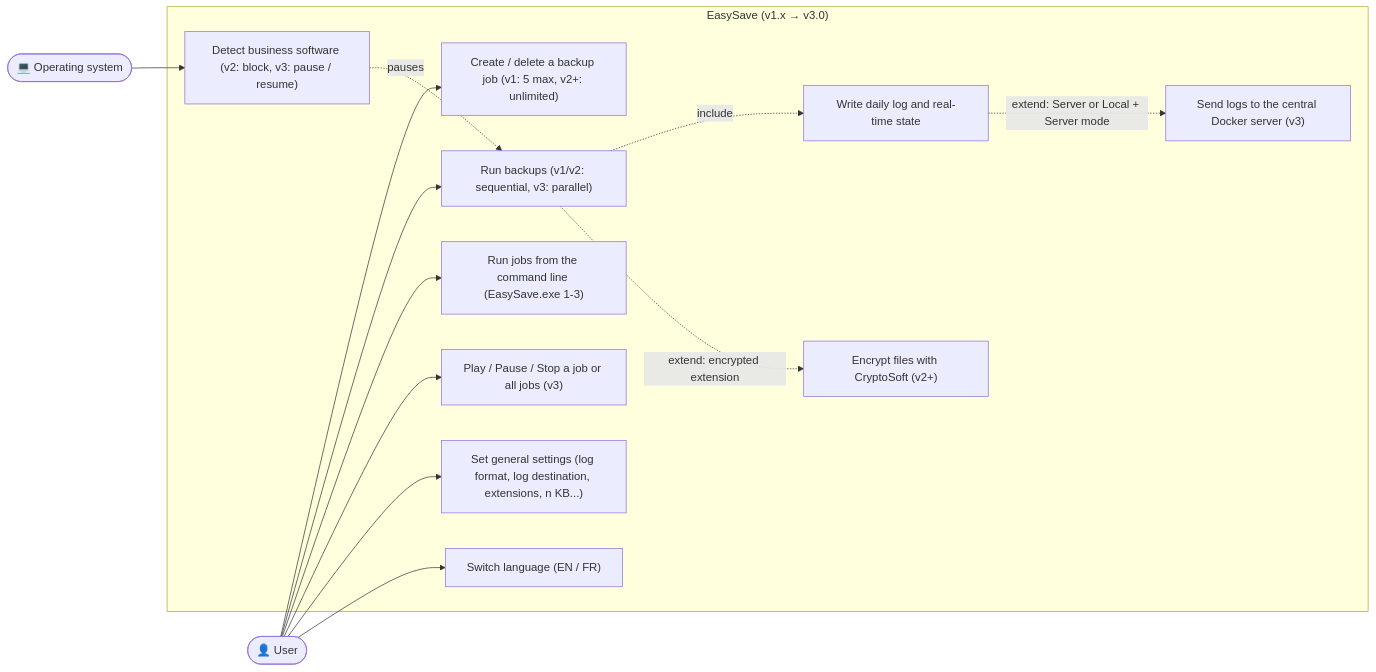
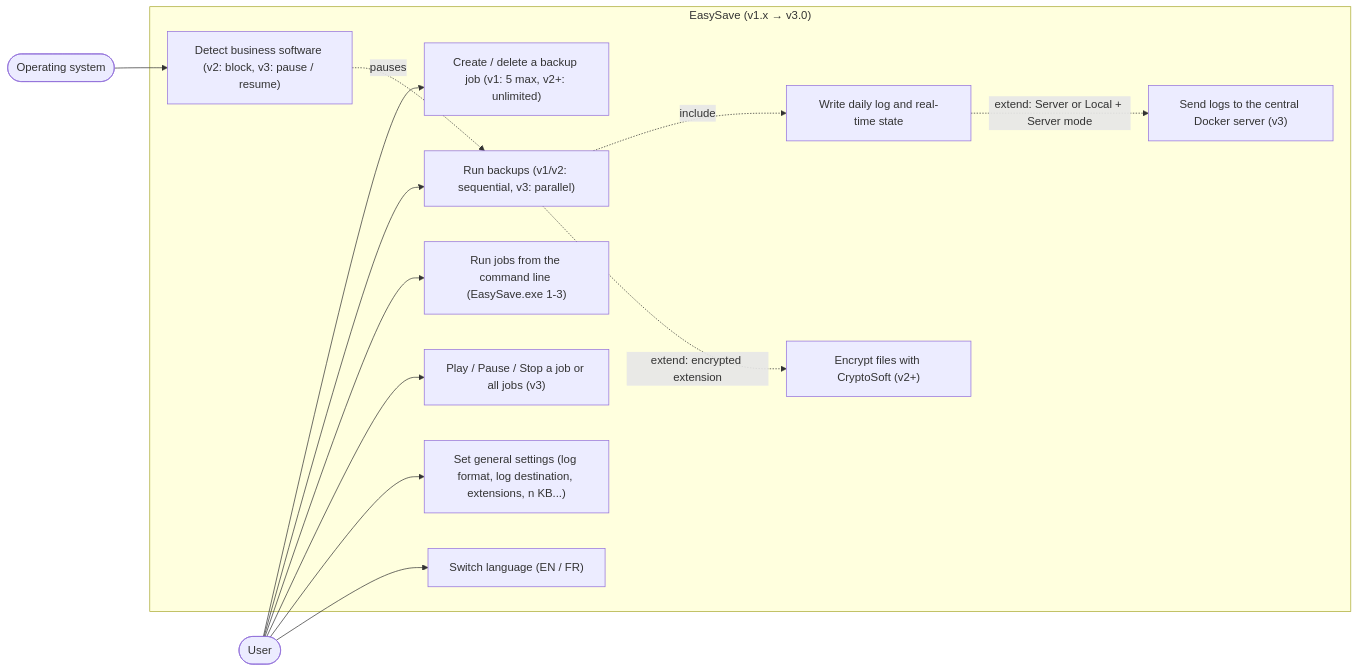
One commit to joanperreyprato/EasySave_Joan changed the first of 4 diagrams in docs/UML_DIAGRAMS.md. Above: the diagram before and after it, drawn with Mermaid. The commit also changed other lines of this file and 23 other files, not shown here.

````diff
--- a/docs/UML_DIAGRAMS.md
+++ b/docs/UML_DIAGRAMS.md
@@ -10,30 +10,30 @@
 ```mermaid
 flowchart LR
-    User(["👤 User"])
-    OS(["💻 Operating system"])
+    User(["User"])
+    OS(["Operating system"])
 
     subgraph EasySave ["EasySave (v1.x → v3.0)"]
         UC_Create["Create / delete a backup job (v1: 5 max, v2+: unlimited)"]
         UC_Run["Run backups (v1/v2: sequential, v3: parallel)"]
         UC_Cli["Run jobs from the command line (EasySave.exe 1-3)"]
         UC_Control["Play / Pause / Stop a job or all jobs (v3)"]
         UC_Settings["Set general settings (log format, log destination, extensions, n KB...)"]
         UC_Lang["Switch language (EN / FR)"]
         UC_Crypto["Encrypt files with CryptoSoft (v2+)"]
         UC_Log["Write daily log and real-time state"]
         UC_Central["Send logs to the central Docker server (v3)"]
         UC_Detect["Detect business software (v2: block, v3: pause / resume)"]
     end
 
     User --> UC_Create
     User --> UC_Run
     User --> UC_Cli
     User --> UC_Control
     User --> UC_Settings
     User --> UC_Lang
     UC_Run -.->|include| UC_Log
     UC_Run -.->|extend: encrypted extension| UC_Crypto
     UC_Log -.->|extend: Server or Local + Server mode| UC_Central
     OS --> UC_Detect
     UC_Detect -.->|pauses| UC_Run
 ```
````
